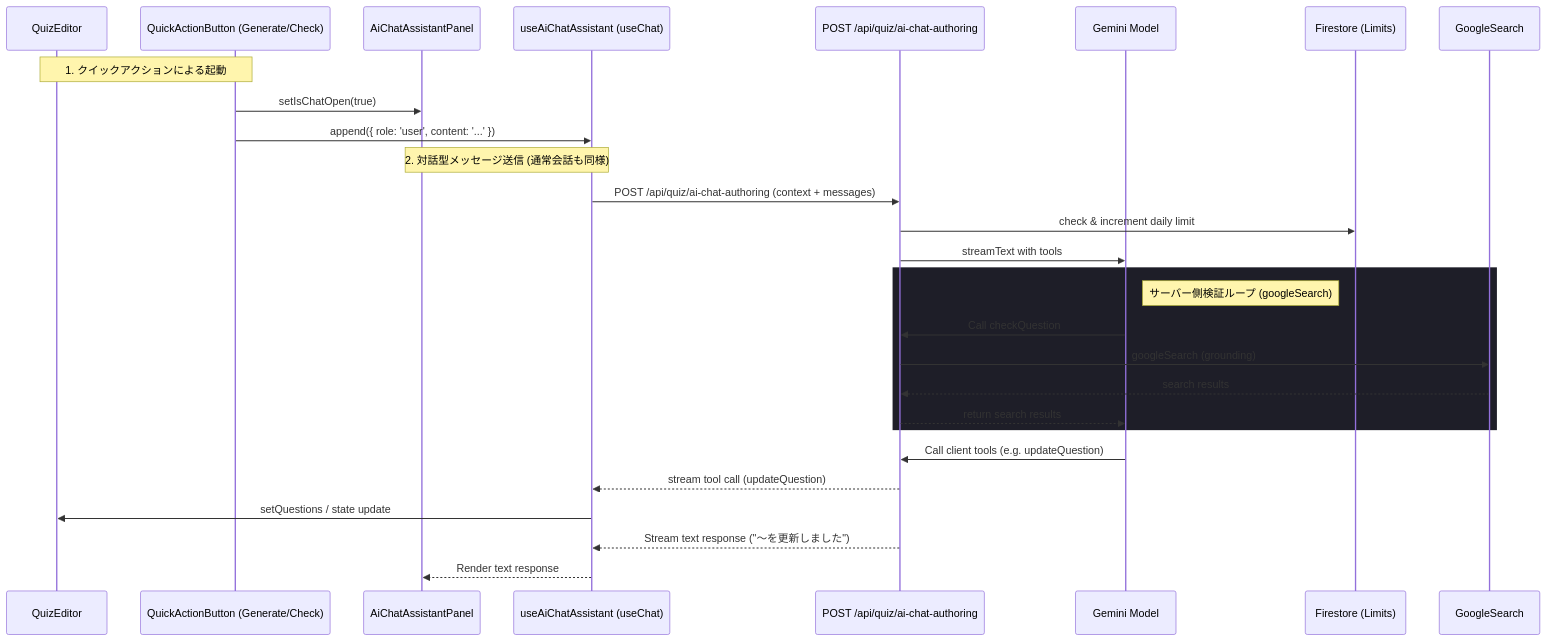
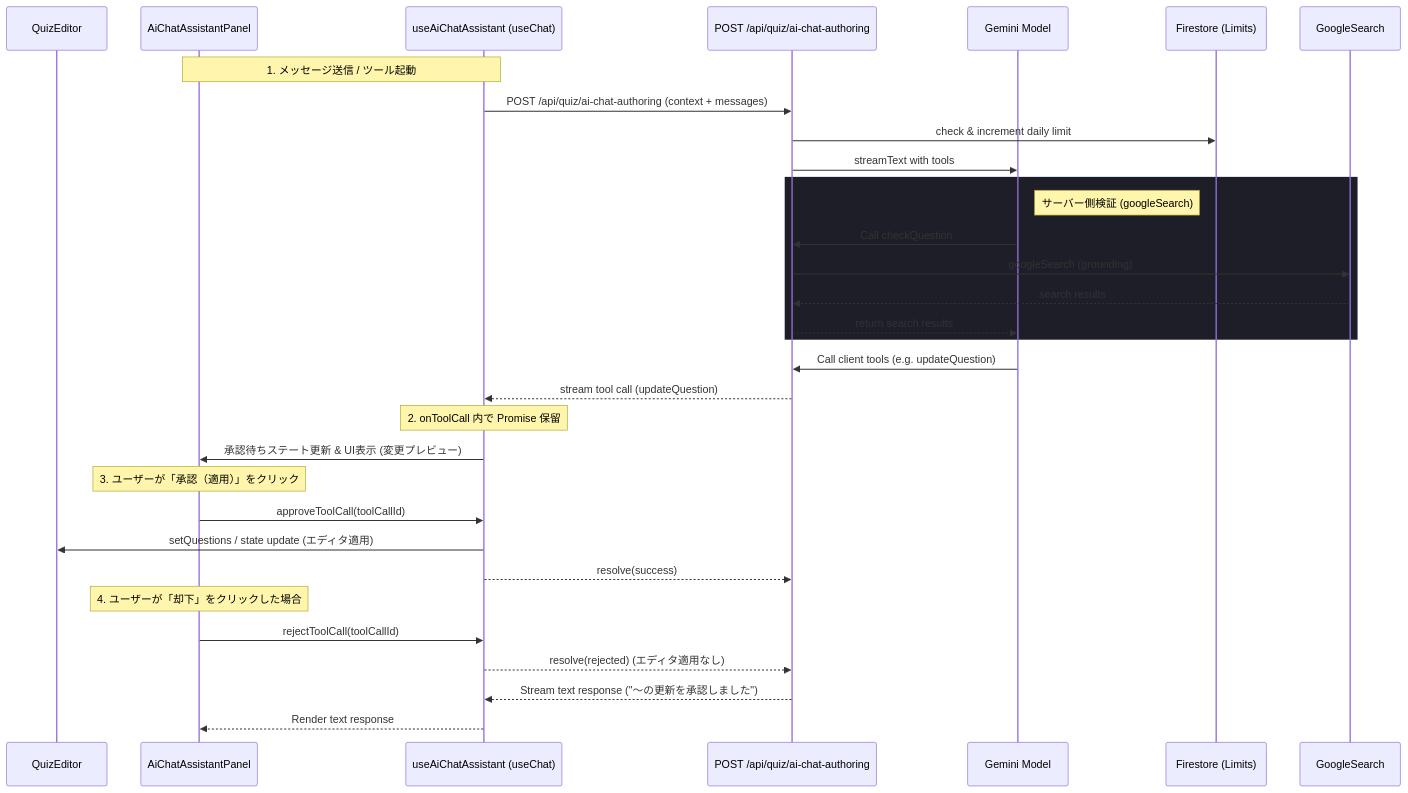
Before and after one commit to npressoworks/quizetika: the diagram in .kiro/specs/quizeum-ai-quiz-authoring/design.md, drawn with Mermaid. The commit also changed other lines of this file and 11 other files, not shown here.

````diff
--- a/.kiro/specs/quizeum-ai-quiz-authoring/design.md
+++ b/.kiro/specs/quizeum-ai-quiz-authoring/design.md
@@ -66,34 +66,40 @@
 ```mermaid
 sequenceDiagram
     participant Editor as QuizEditor
-    participant Btn as QuickActionButton (Generate/Check)
     participant Panel as AiChatAssistantPanel
     participant Hook as useAiChatAssistant (useChat)
     participant API as POST /api/quiz/ai-chat-authoring
     participant Gemini as Gemini Model
     participant FS as Firestore (Limits)
     participant GS as GoogleSearch
 
-    Note over Editor, Btn: 1. クイックアクションによる起動
-    Btn->>Panel: setIsChatOpen(true)
-    Btn->>Hook: append({ role: 'user', content: '...' })
-    
-    Note over Panel, Hook: 2. 対話型メッセージ送信 (通常会話も同様)
+    Note over Panel, Hook: 1. メッセージ送信 / ツール起動
     Hook->>API: POST /api/quiz/ai-chat-authoring (context + messages)
     API->>FS: check & increment daily limit
     API->>Gemini: streamText with tools
     
     rect rgb(30, 30, 40)
-        note right of Gemini: サーバー側検証ループ (googleSearch)
+        note right of Gemini: サーバー側検証 (googleSearch)
         Gemini->>API: Call checkQuestion
         API->>GS: googleSearch (grounding)
         GS-->>API: search results
         API-->>Gemini: return search results
     end
     
     Gemini->>API: Call client tools (e.g. updateQuestion)
     API-->>Hook: stream tool call (updateQuestion)
-    Hook->>Editor: setQuestions / state update
-    API-->>Hook: Stream text response ("〜を更新しました")
+    Note over Hook: 2. onToolCall 内で Promise 保留
+    Hook->>Panel: 承認待ちステート更新 & UI表示 (変更プレビュー)
+    
+    Note over Panel: 3. ユーザーが「承認（適用）」をクリック
+    Panel->>Hook: approveToolCall(toolCallId)
+    Hook->>Editor: setQuestions / state update (エディタ適用)
+    Hook-->>API: resolve(success)
+    
+    Note over Panel: 4. ユーザーが「却下」をクリックした場合
+    Panel->>Hook: rejectToolCall(toolCallId)
+    Hook-->>API: resolve(rejected) (エディタ適用なし)
+    
+    API-->>Hook: Stream text response ("〜の更新を承認しました")
     Hook-->>Panel: Render text response
 ```
````
